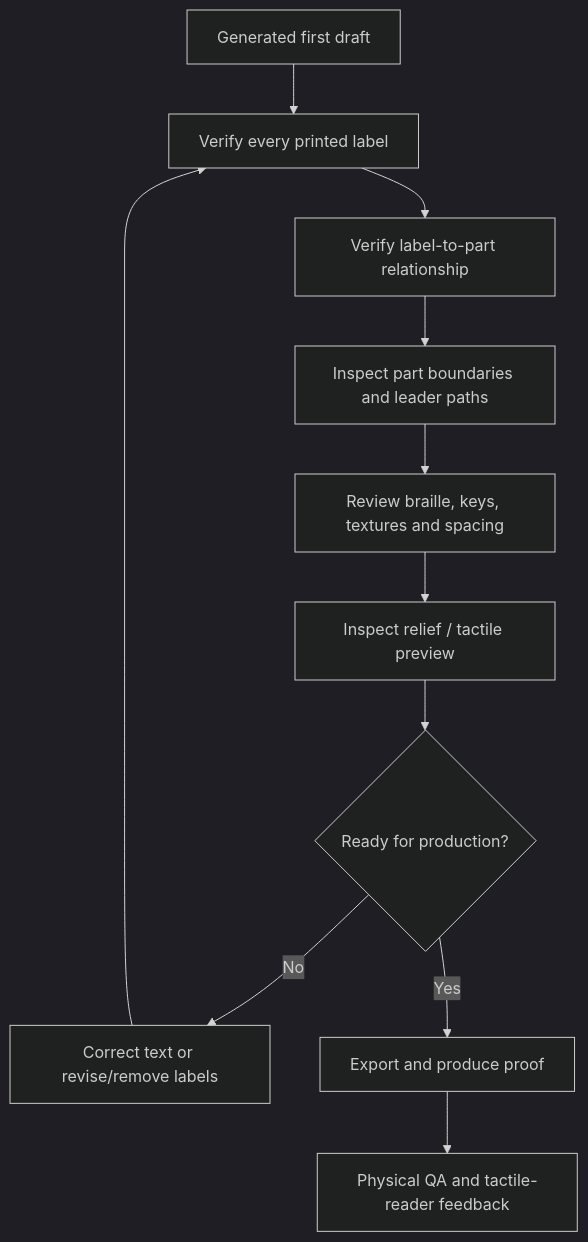
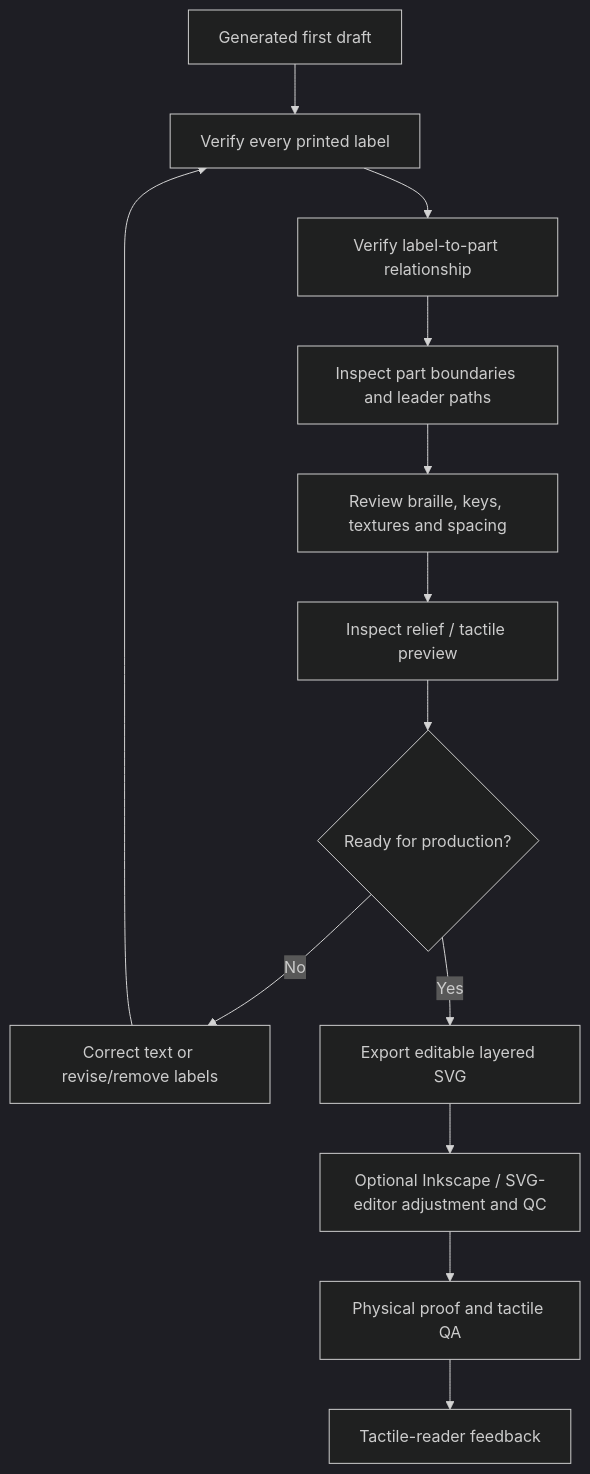
One commit to mrhunsaker/TactiDiagram changed the diagram in docs/review-workflow.md. Above: the diagram before and after it, drawn with Mermaid (dark theme).

Commit message:
Extend transcriber workflow diagram through SVG-editor QC

````diff
--- a/docs/review-workflow.md
+++ b/docs/review-workflow.md
@@ -7,13 +7,15 @@
 ```mermaid
 flowchart TD
   A[Generated first draft] --> B[Verify every printed label]
   B --> C[Verify label-to-part relationship]
   C --> D[Inspect part boundaries and leader paths]
   D --> E[Review braille, keys, textures and spacing]
   E --> F[Inspect relief / tactile preview]
   F --> G{Ready for production?}
   G -->|No| H[Correct text or revise/remove labels]
   H --> B
-  G -->|Yes| I[Export and produce proof]
-  I --> J[Physical QA and tactile-reader feedback]
+  G -->|Yes| I[Export editable layered SVG]
+  I --> J[Optional Inkscape / SVG-editor adjustment and QC]
+  J --> K[Physical proof and tactile QA]
+  K --> L[Tactile-reader feedback]
 ```
````
